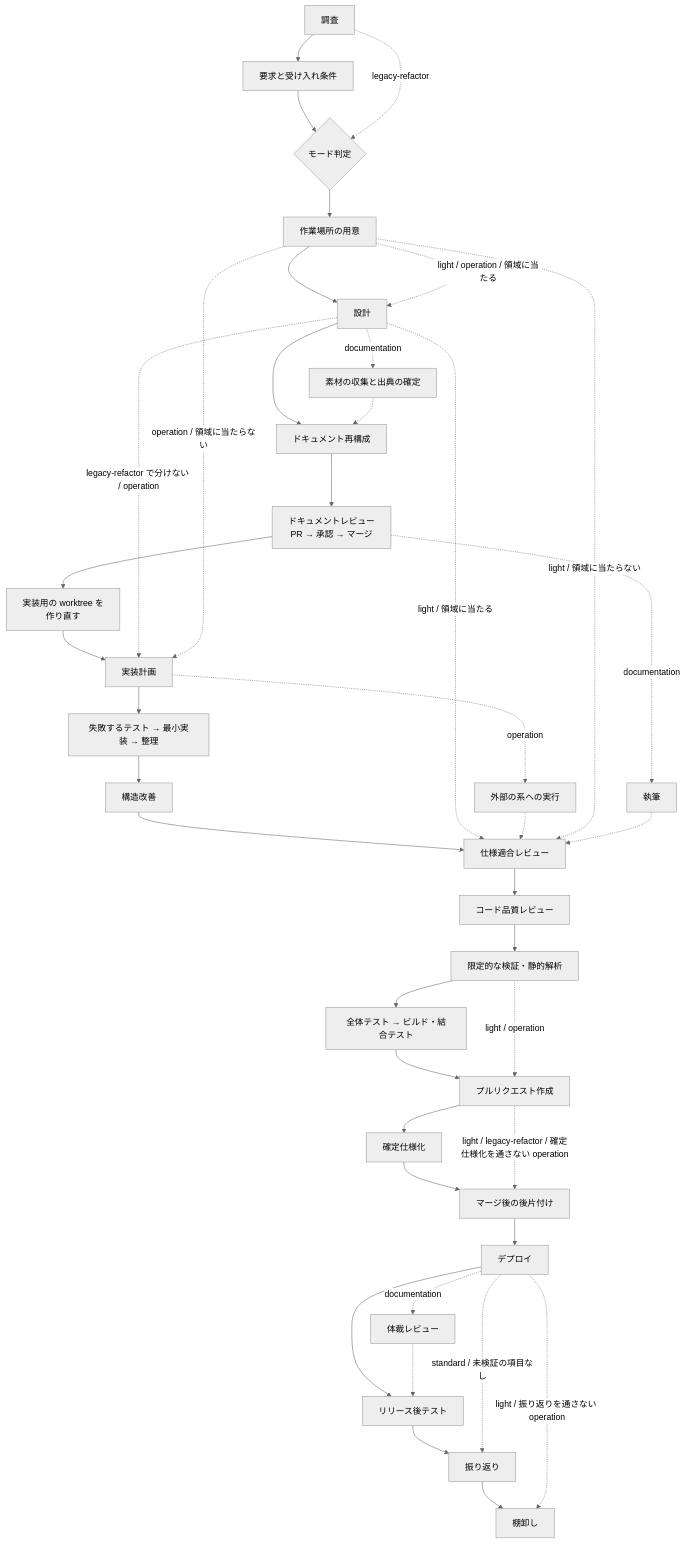
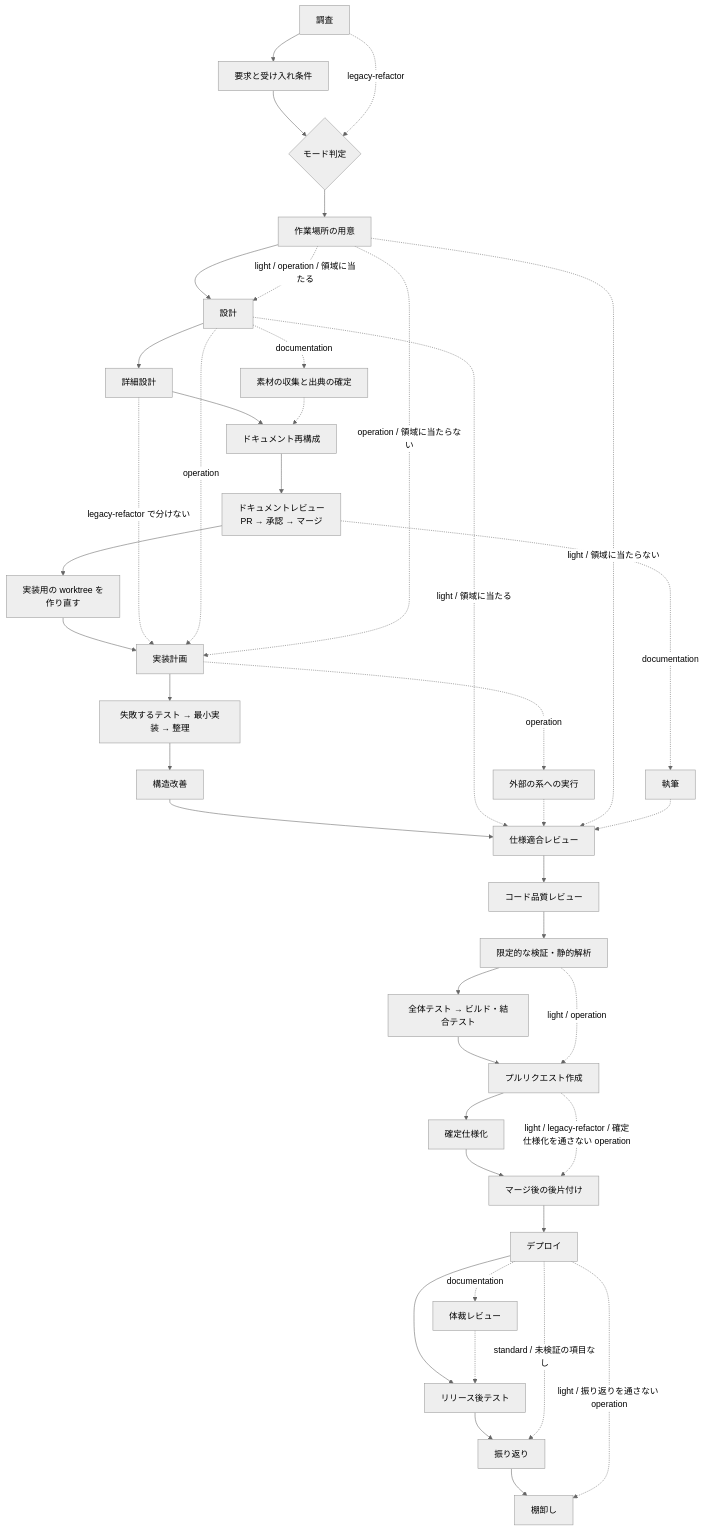
One commit to devbasex/ai-plugins changed the diagram in plugins/ndf/skills/development-workflow/references/workflow-modes.md. Above: the diagram before and after it, drawn with Mermaid (neutral theme). The commit also changed other lines of this file and 13 other files, not shown here.

````diff
--- a/plugins/ndf/skills/development-workflow/references/workflow-modes.md
+++ b/plugins/ndf/skills/development-workflow/references/workflow-modes.md
@@ -92,41 +92,43 @@
 ```mermaid
 flowchart TD
     A[調査] --> B[要求と受け入れ条件]
     B --> D{モード判定}
     D --> S[作業場所の用意]
     S --> C[設計]
-    C --> DR[ドキュメント再構成]
+    C --> DD[詳細設計]
+    DD --> DR[ドキュメント再構成]
     DR --> F[ドキュメントレビュー<br/>PR → 承認 → マージ]
     F --> W[実装用の worktree を<br/>作り直す]
     W --> G[実装計画]
     G --> H[失敗するテスト → 最小実装 → 整理]
     H --> R[構造改善]
     R --> I[仕様適合レビュー]
     I --> J[コード品質レビュー]
     J --> K[限定的な検証・静的解析]
     K --> N[全体テスト → ビルド・結合テスト]
     N --> L[プルリクエスト作成]
     L --> M[確定仕様化]
     M --> P[マージ後の後片付け]
     P --> RL[デプロイ]
     RL --> Q[リリース後テスト]
     Q --> T[振り返り] --> BR[棚卸し]
     RL -.->|standard / 未検証の項目なし| T
     A -.->|legacy-refactor| D
-    C -.->|"legacy-refactor で分けない / operation"| G
+    DD -.->|"legacy-refactor で分けない"| G
+    C -.->|operation| G
     C -.->|"light / 領域に当たる"| I
     S -.->|"operation / 領域に当たらない"| G
     S -.->|"light / operation / 領域に当たる"| C
     G -.->|operation| X[外部の系への実行]
     X -.-> I
     S -.->|"light / 領域に当たらない"| I
     K -.->|light / operation| L
     L -.->|light / legacy-refactor / 確定仕様化を通さない operation| P
     RL -.->|light / 振り返りを通さない operation| BR
     C -.->|documentation| SR[素材の収集と出典の確定]
     SR -.-> DR
     F -.->|documentation| DW[執筆]
     DW -.-> I
     RL -.->|documentation| LR[体裁レビュー]
     LR -.-> Q
 ```
````
